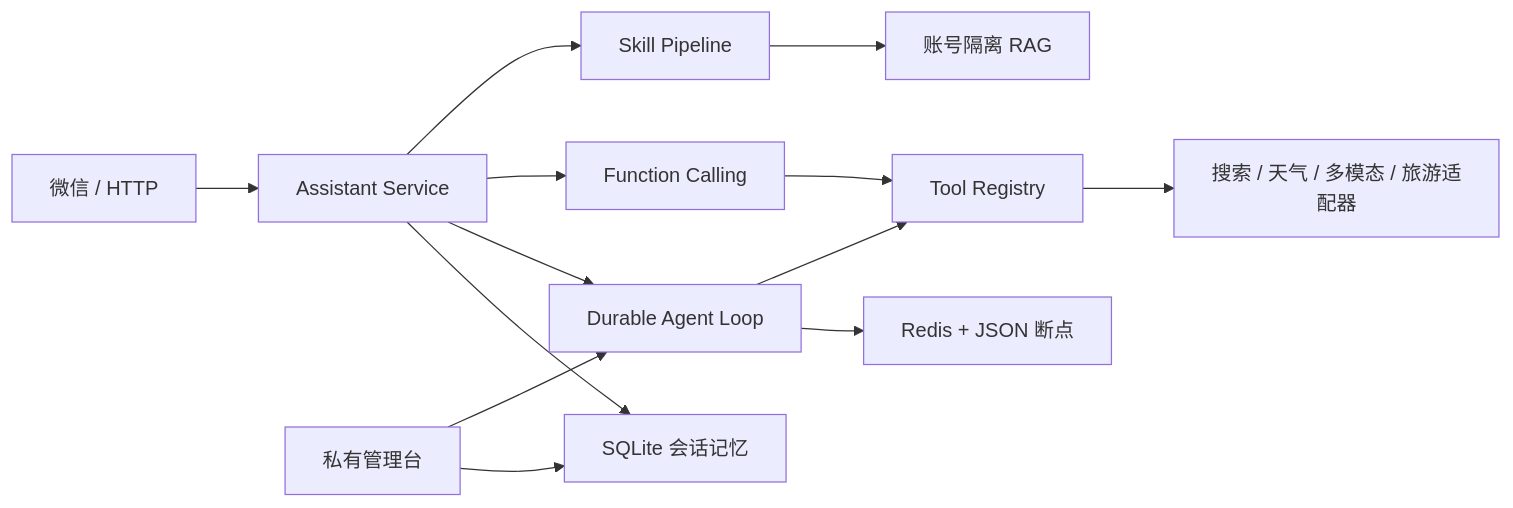
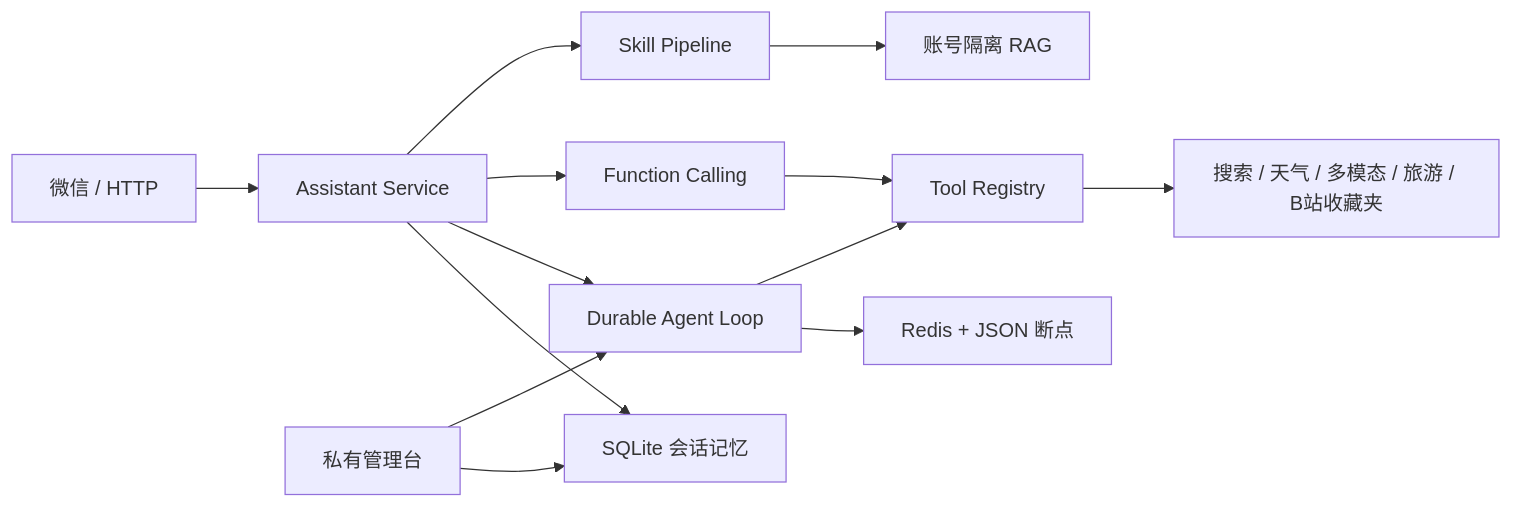
Before and after one commit to Chen18-yuzhe/Bot: the diagram in README.md, drawn with Mermaid. The commit also changed other lines of this file and 375 other files, not shown here.

````diff
--- a/README.md
+++ b/README.md
@@ -20,15 +20,15 @@
 ```mermaid
 flowchart LR
     U["微信 / HTTP"] --> A["Assistant Service"]
     A --> S["Skill Pipeline"]
     S --> R["账号隔离 RAG"]
     A --> F["Function Calling"]
     A --> L["Durable Agent Loop"]
     L --> T["Tool Registry"]
     L --> P["Redis + JSON 断点"]
     A --> M["SQLite 会话记忆"]
     F --> T
-    T --> X["搜索 / 天气 / 多模态 / 旅游适配器"]
+    T --> X["搜索 / 天气 / 多模态 / 旅游 / B站收藏夹"]
     O["私有管理台"] --> L
     O --> M
 ```
````
